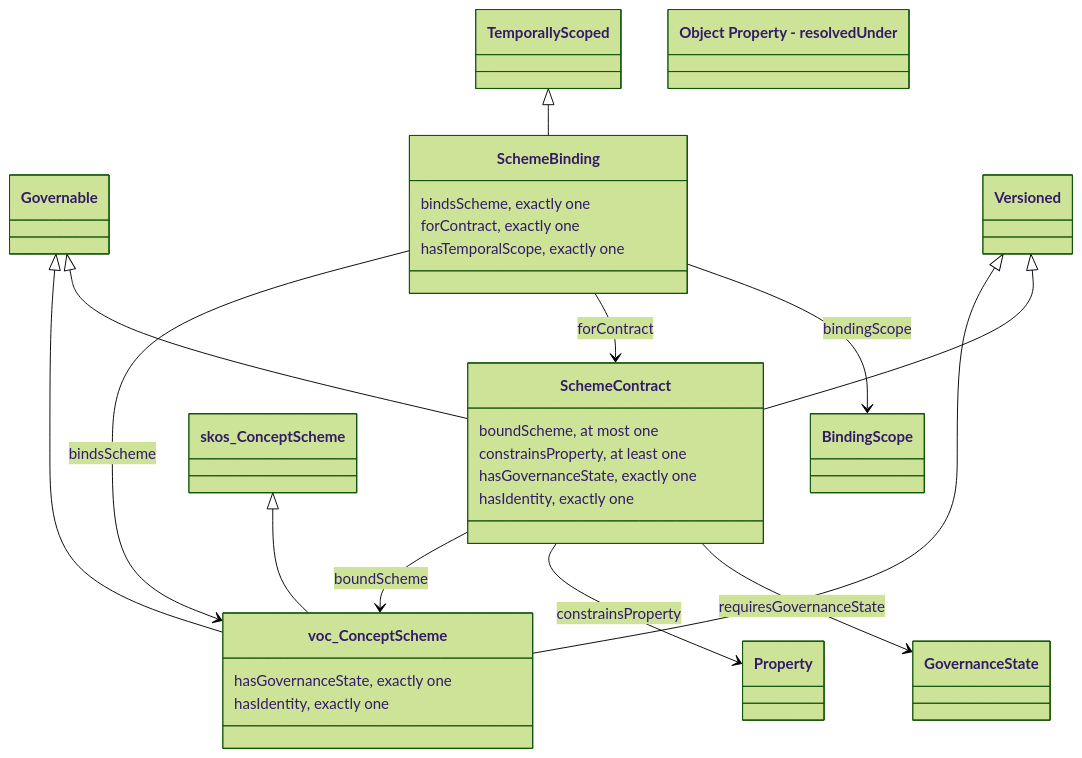
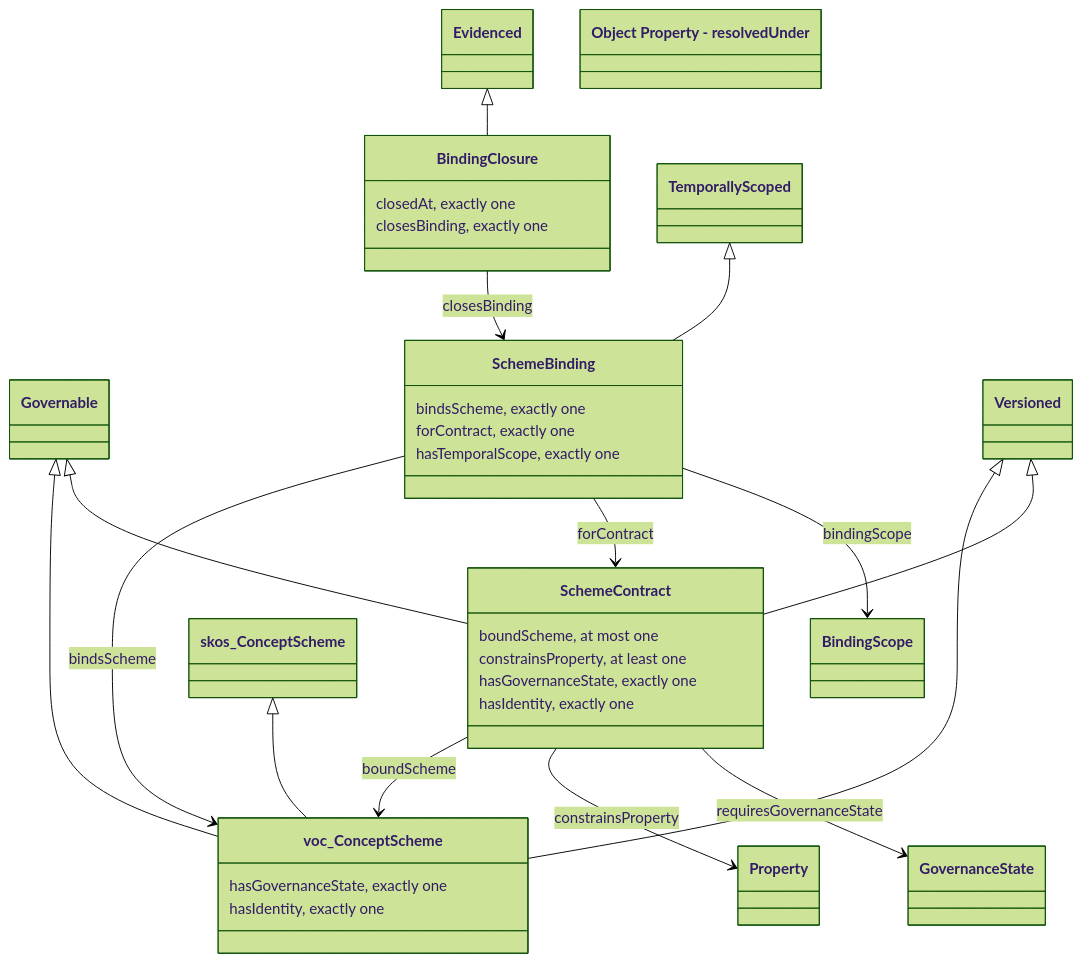
One commit to nebularis/lattice changed the diagram in ontology/vocabulary/README.md. Above: the diagram before and after it, drawn with Mermaid (forest theme). The commit also changed other lines of this file and 5 other files, not shown here.

First line of the commit message:
[ontology-remediation] OR-7b: a scheme binding ends by a closure record

````diff
--- a/ontology/vocabulary/README.md
+++ b/ontology/vocabulary/README.md
@@ -76,38 +76,45 @@
 ```mermaid
 classDiagram
+    class BindingClosure {
+        closedAt, exactly one
+        closesBinding, exactly one
+    }
     class BindingScope
+    class Evidenced
     class Governable
     class GovernanceState
     class Property
     class SchemeBinding {
         bindsScheme, exactly one
         forContract, exactly one
         hasTemporalScope, exactly one
     }
     class SchemeContract {
         boundScheme, at most one
         constrainsProperty, at least one
         hasGovernanceState, exactly one
         hasIdentity, exactly one
     }
     class TemporallyScoped
     class Versioned
     class skos_ConceptScheme
     class voc_ConceptScheme {
         hasGovernanceState, exactly one
         hasIdentity, exactly one
     }
+    BindingClosure --> SchemeBinding : closesBinding
+    Evidenced <|-- BindingClosure
     Governable <|-- SchemeContract
     Governable <|-- voc_ConceptScheme
     SchemeBinding --> BindingScope : bindingScope
     SchemeBinding --> SchemeContract : forContract
     SchemeBinding --> voc_ConceptScheme : bindsScheme
     SchemeContract --> GovernanceState : requiresGovernanceState
     SchemeContract --> Property : constrainsProperty
     SchemeContract --> voc_ConceptScheme : boundScheme
     TemporallyScoped <|-- SchemeBinding
     Versioned <|-- SchemeContract
     Versioned <|-- voc_ConceptScheme
     skos_ConceptScheme <|-- voc_ConceptScheme
     class ObjectProperty_resolvedUnder["Object Property - resolvedUnder"]
 ```
````
